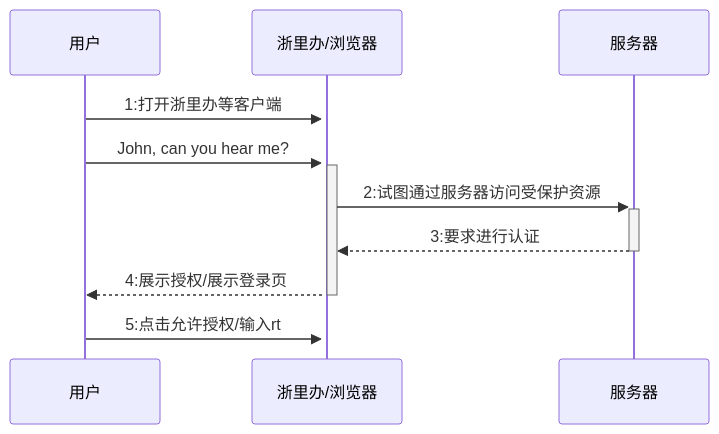
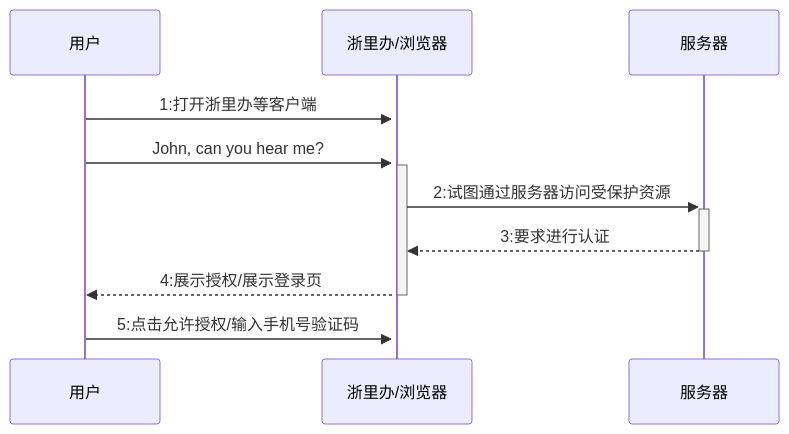
One commit to fifuntop/iodraw-files changed the diagram in all/居民端时序图.md. Above: the diagram before and after it, drawn with Mermaid.

Commit message:
2024-03-14 15:00:37 update

````diff
--- a/all/居民端时序图.md
+++ b/all/居民端时序图.md
@@ -1,10 +1,10 @@
 ```mermaid
 sequenceDiagram
     用户->>+浙里办/浏览器: 1:打开浙里办等客户端
     用户->>+浙里办/浏览器: John, can you hear me?
     浙里办/浏览器->>+服务器: 2:试图通过服务器访问受保护资源
     服务器-->>-浙里办/浏览器: 3:要求进行认证
     浙里办/浏览器-->>-用户: 4:展示授权/展示登录页
-    用户->>+浙里办/浏览器: 5:点击允许授权/输入rt
+    用户->>+浙里办/浏览器: 5:点击允许授权/输入手机号验证码
             
 ```
````
